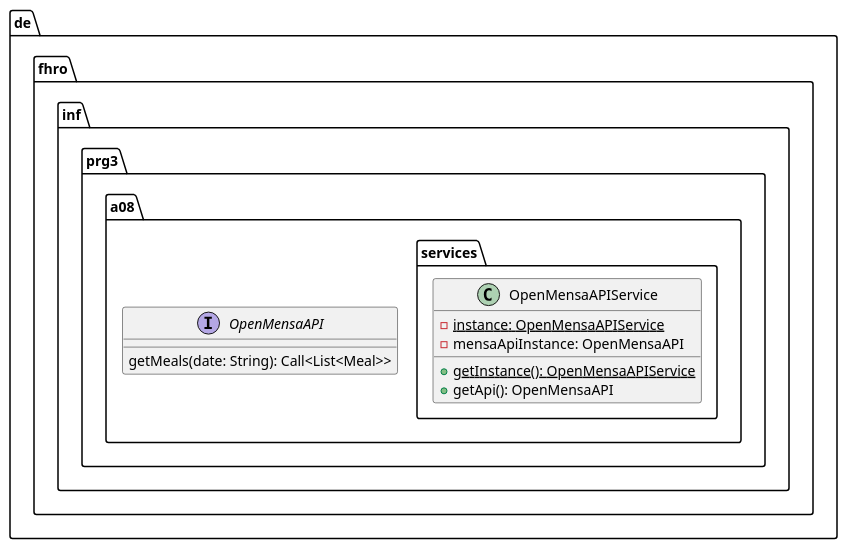
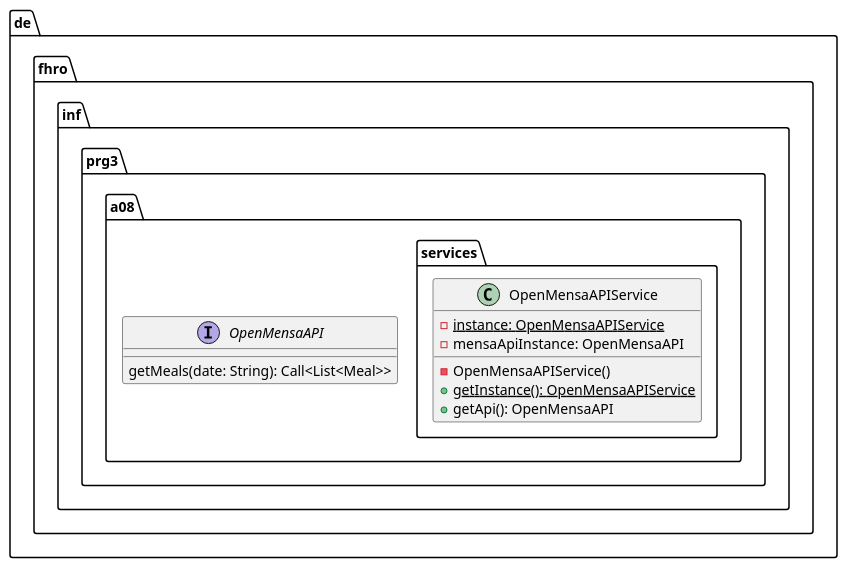
The diagram in assets/uml/OpenMensaAPIService.plantuml (ohm-softa/08-singleton-factory-strategy-android), drawn with PlantUML before and after one commit. The commit also changed 2 other files, not shown here.

```diff
--- a/assets/uml/OpenMensaAPIService.plantuml
+++ b/assets/uml/OpenMensaAPIService.plantuml
@@ -1,19 +1,20 @@
 @startuml OpenMensaAPIService
 
 package de.fhro.inf.prg3.a08 {
 
     interface OpenMensaAPI {
         getMeals(date: String): Call<List<Meal>>
     }
 
     package services {
         class OpenMensaAPIService {
             -{static} instance: OpenMensaAPIService
             -mensaApiInstance: OpenMensaAPI
+            -OpenMensaAPIService()
             +{static} getInstance(): OpenMensaAPIService
             +getApi(): OpenMensaAPI
         }
     }
 }
 
 @enduml
```
